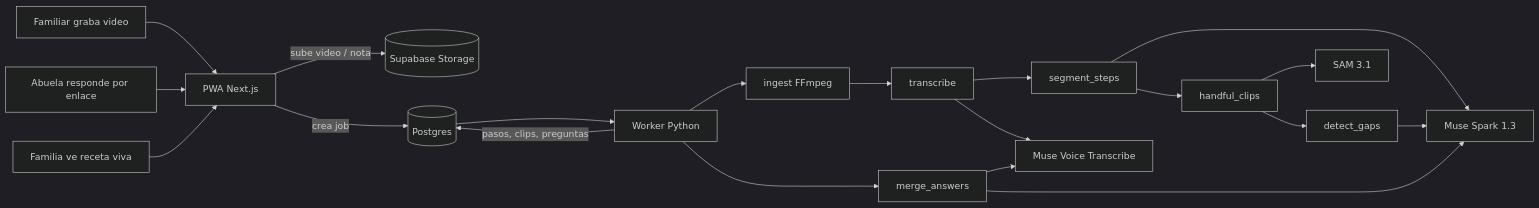
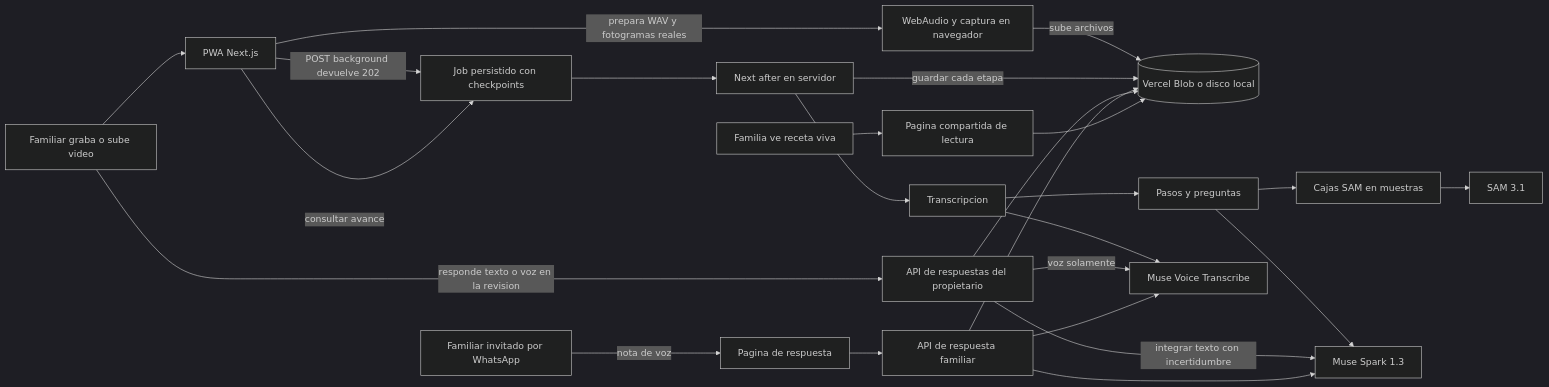
One commit to AndyCG03/handful-recipes changed the diagram in docs/ARQUITECTURA.md. Above: the diagram before and after it, drawn with Mermaid (dark theme). The commit also changed other lines of this file and 52 other files, not shown here.

First line of the commit message:
Accounts, Supabase storage, background processing and owner answers

````diff
--- a/docs/ARQUITECTURA.md
+++ b/docs/ARQUITECTURA.md
@@ -3,18 +3,25 @@
 ```mermaid
 flowchart LR
-  U1[Familiar graba video] --> W[PWA Next.js]
-  U2[Abuela responde por enlace] --> W
-  U3[Familia ve receta viva] --> W
-  W -->|sube video / nota| S[(Supabase Storage)]
-  W -->|crea job| DB[(Postgres)]
-  DB --> K[Worker Python]
-  K --> P1[ingest FFmpeg] --> P2[transcribe] --> P3[segment_steps] --> P4[handful_clips] --> P5[detect_gaps]
-  K --> P6[merge_answers]
+  U1[Familiar graba o sube video] --> W[PWA Next.js]
+  U1 -->|responde texto o voz en la revision| A[API de respuestas del propietario]
+  U2[Familiar invitado por WhatsApp] -->|nota de voz| G[Pagina de respuesta]
+  W -->|prepara WAV y fotogramas reales| M[WebAudio y captura en navegador]
+  M -->|sube archivos| S[(Vercel Blob o disco local)]
+  W -->|POST background devuelve 202| J[Job persistido con checkpoints]
+  J --> K[Next after en servidor]
+  K --> P2[Transcripcion] --> P3[Pasos y preguntas] --> P4[Cajas SAM en muestras]
   P2 --> VT[Muse Voice Transcribe]
-  P6 --> VT
   P3 --> SP[Muse Spark 1.3]
-  P5 --> SP
-  P6 --> SP
   P4 --> SAM[SAM 3.1]
-  K -->|pasos, clips, preguntas| DB
+  A -->|voz solamente| VT
+  A -->|integrar texto con incertidumbre| SP
+  G --> A2[API de respuesta familiar]
+  A2 --> VT
+  A2 --> SP
+  K -->|guardar cada etapa| S
+  A --> S
+  A2 --> S
+  W -->|consultar avance| J
+  U3[Familia ve receta viva] --> R[Pagina compartida de lectura]
+  R --> S
 ```
````
